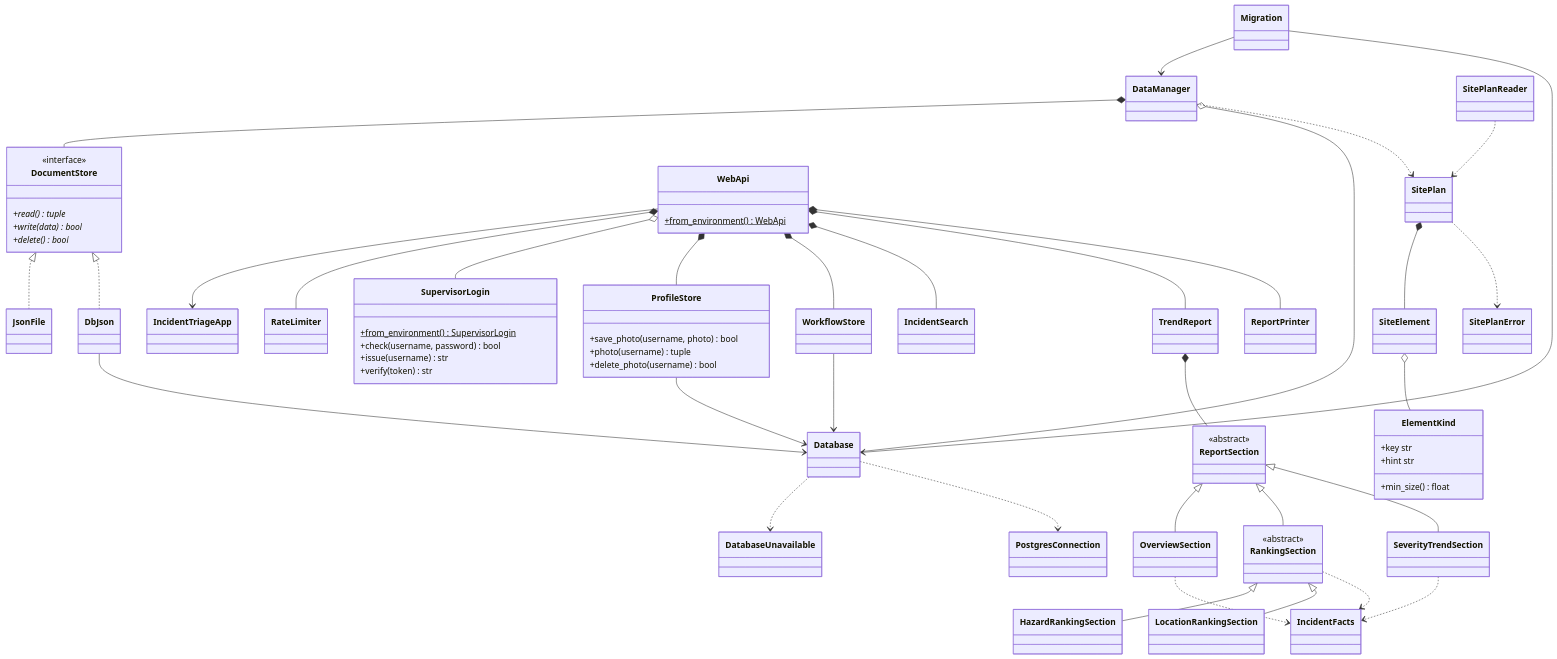
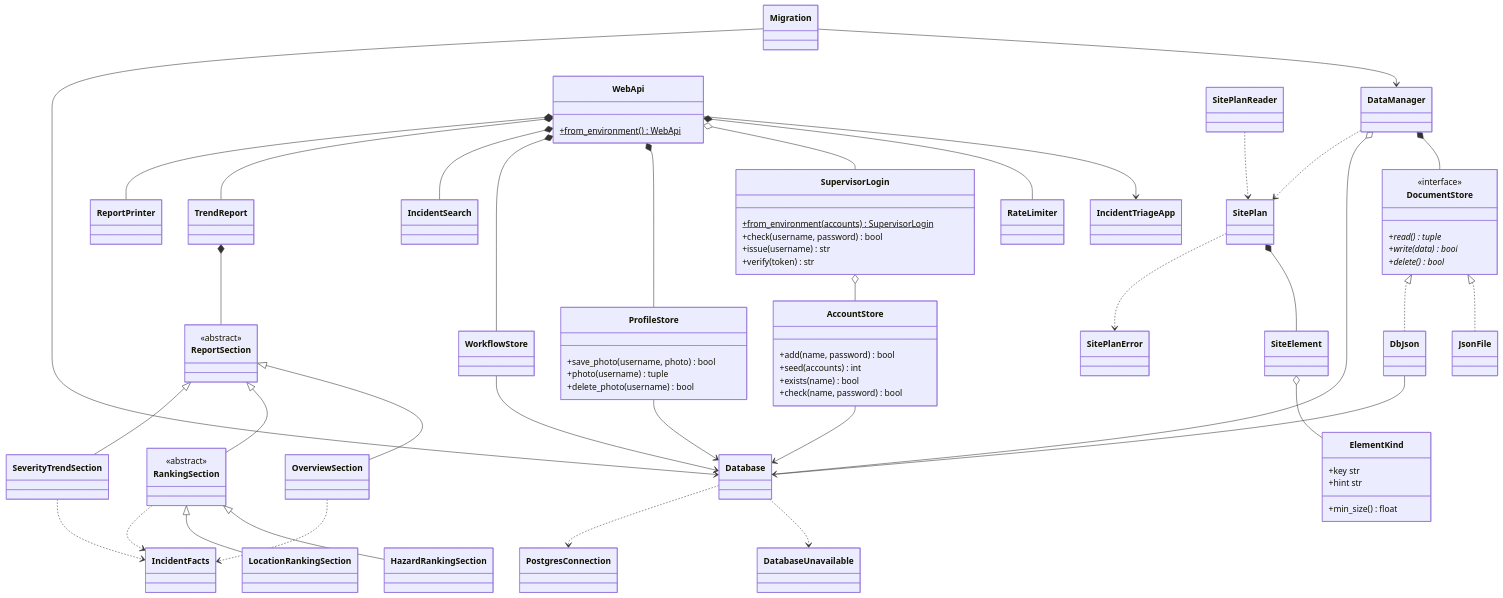
Before and after one commit to P11-team6-INF1103/inf1103-P-11team6: the second of 2 diagrams in README.md, drawn with Mermaid. The commit also changed other lines of this file and 2 other files, not shown here.

Commit message:
[Lennart][2603230] Document database accounts, the first-run supervisor password and a Who is who table in the README

```diff
--- a/README.md
+++ b/README.md
@@ -380,8 +400,14 @@
         +photo(username) tuple
         +delete_photo(username) bool
     }
+    class AccountStore {
+        +add(name, password) bool
+        +seed(accounts) int
+        +exists(name) bool
+        +check(name, password) bool
+    }
     class SupervisorLogin {
-        +from_environment()$ SupervisorLogin
+        +from_environment(accounts)$ SupervisorLogin
         +check(username, password) bool
         +issue(username) str
         +verify(token) str
@@ -424,6 +450,8 @@
     WebApi --> IncidentTriageApp
     WebApi *-- RateLimiter
     WebApi o-- SupervisorLogin
+    SupervisorLogin o-- AccountStore
+    AccountStore --> Database
     WebApi *-- ProfileStore
     ProfileStore --> Database
     WebApi *-- WorkflowStore
```
